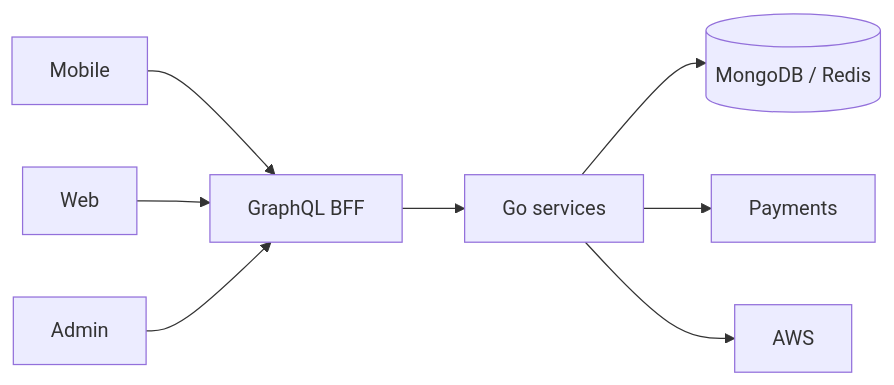
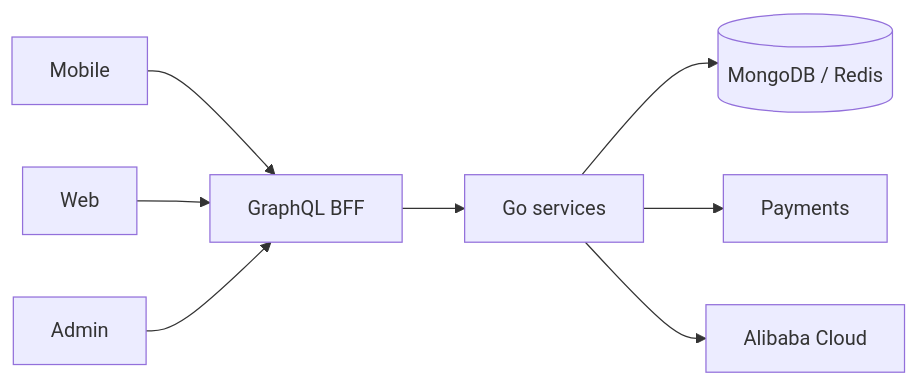
Before and after one commit to binartist/about-me: the diagram in src/en/products/pet_ecom.md, drawn with Mermaid. The commit also changed other lines of this file, not shown here.

Commit message:
Mohiguide: now runs on Alibaba Cloud, migrated from AWS

````diff
--- a/src/en/products/pet_ecom.md
+++ b/src/en/products/pet_ecom.md
@@ -12,10 +12,10 @@
 ```mermaid
 flowchart LR
   Mobile[Mobile] --> GW[GraphQL BFF]
   Web[Web] --> GW
   Admin[Admin] --> GW
   GW --> Svc[Go services]
   Svc --> Data[(MongoDB / Redis)]
   Svc --> Pay[Payments]
-  Svc --> Cloud[AWS]
+  Svc --> Cloud[Alibaba Cloud]
 ```
````
